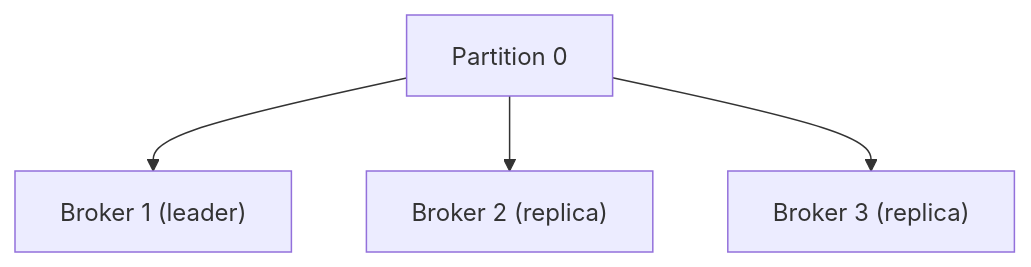
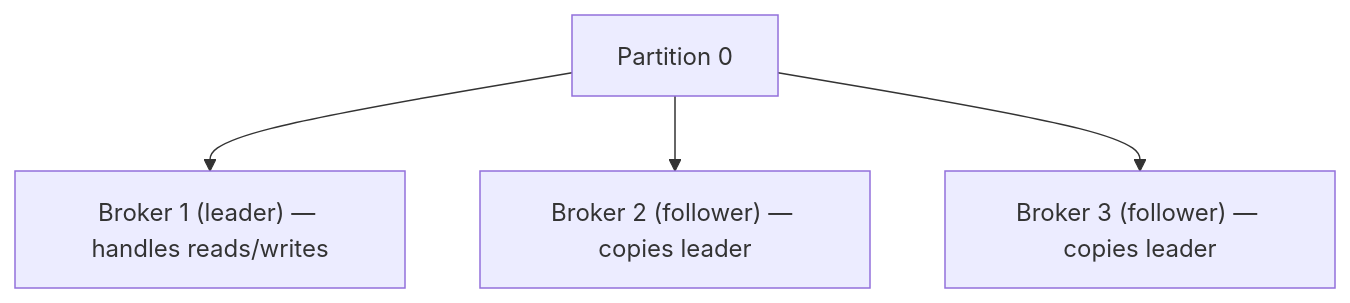
The eighth of 31 diagrams in files/08-edge-cases/Tier-4-Kafka-Deep-Dive.md (pankajThakur1874/studysheet), drawn with Mermaid before and after one commit. The commit also changed other lines of this file and 5 other files, not shown here.

````diff
--- a/files/08-edge-cases/Tier-4-Kafka-Deep-Dive.md
+++ b/files/08-edge-cases/Tier-4-Kafka-Deep-Dive.md
@@ -156,6 +334,6 @@
 ```mermaid
 flowchart TD
-    P0["Partition 0"] --> B1["Broker 1 (leader)"]
-    P0 --> B2["Broker 2 (replica)"]
-    P0 --> B3["Broker 3 (replica)"]
+    P0["Partition 0"] --> B1["Broker 1 (leader) — handles reads/writes"]
+    P0 --> B2["Broker 2 (follower) — copies leader"]
+    P0 --> B3["Broker 3 (follower) — copies leader"]
 ```
````
